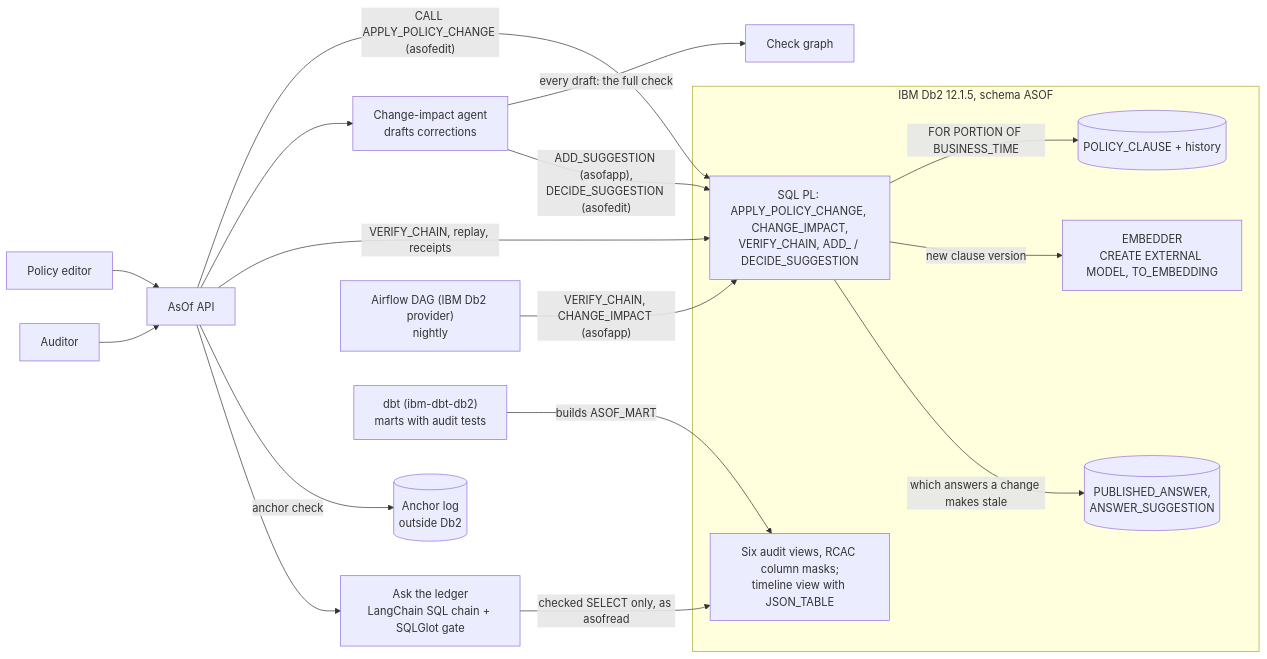
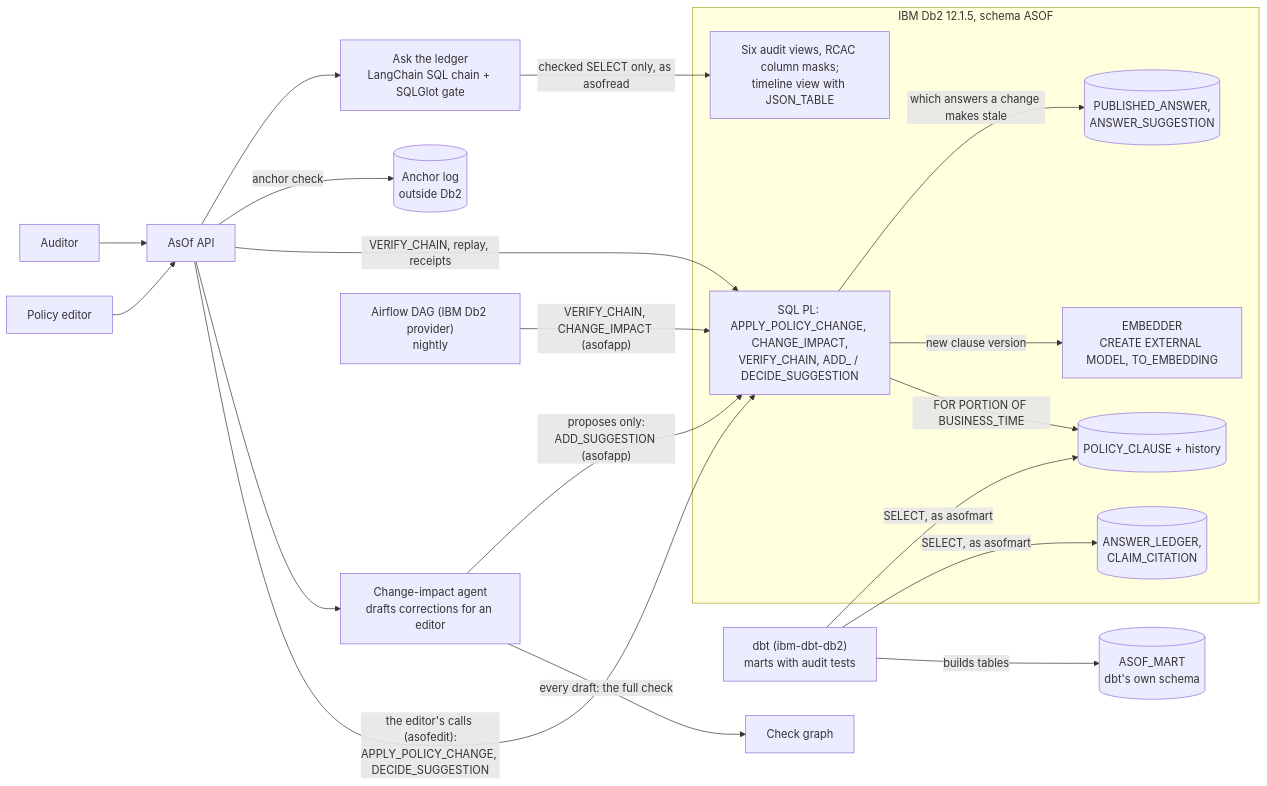
One commit to KunalGolaIBM/IBM_Db2_TechX_Project_Submission changed the second of 4 diagrams in submissions/asof/architecture.md. Above: the diagram before and after it, drawn with Mermaid. The commit also changed other lines of this file and 17 other files, not shown here.

````diff
--- a/submissions/asof/architecture.md
+++ b/submissions/asof/architecture.md
@@ -61,27 +61,31 @@
 ```mermaid
 flowchart LR
-    EDITOR["Policy editor"] --> API["AsOf API"]
-    AUDITOR["Auditor"] --> API
-    API -- "CALL APPLY_POLICY_CHANGE (asofedit)" --> PROCS
-    API --> IMPACT["Change-impact agent<br/>drafts corrections"]
-    IMPACT -- "every draft: the full check" --> GATE["Check graph"]
-    IMPACT -- "ADD_SUGGESTION (asofapp),<br/>DECIDE_SUGGESTION (asofedit)" --> PROCS
-    API -- "VERIFY_CHAIN, replay, receipts" --> PROCS
-    API -- "anchor check" --> ANCHOR[("Anchor log<br/>outside Db2")]
-    API --> ASK["Ask the ledger<br/>LangChain SQL chain + SQLGlot gate"]
-
     subgraph DB2["IBM Db2 12.1.5, schema ASOF"]
         PROCS["SQL PL: APPLY_POLICY_CHANGE, CHANGE_IMPACT,<br/>VERIFY_CHAIN, ADD_ / DECIDE_SUGGESTION"]
         PC[("POLICY_CLAUSE + history")]
+        LEDGER[("ANSWER_LEDGER,<br/>CLAIM_CITATION")]
         PUB[("PUBLISHED_ANSWER,<br/>ANSWER_SUGGESTION")]
         MODEL["EMBEDDER<br/>CREATE EXTERNAL MODEL, TO_EMBEDDING"]
         VIEWS["Six audit views, RCAC column masks;<br/>timeline view with JSON_TABLE"]
     end
+    MART[("ASOF_MART<br/>dbt's own schema")]
+
+    EDITOR["Policy editor"] --> API["AsOf API"]
+    AUDITOR["Auditor"] --> API
+    API -- "the editor's calls (asofedit):<br/>APPLY_POLICY_CHANGE, DECIDE_SUGGESTION" --> PROCS
+    API --> IMPACT["Change-impact agent<br/>drafts corrections for an editor"]
+    IMPACT -- "every draft: the full check" --> GATE["Check graph"]
+    IMPACT -- "proposes only:<br/>ADD_SUGGESTION (asofapp)" --> PROCS
+    API -- "VERIFY_CHAIN, replay, receipts" --> PROCS
+    API -- "anchor check" --> ANCHOR[("Anchor log<br/>outside Db2")]
+    API --> ASK["Ask the ledger<br/>LangChain SQL chain + SQLGlot gate"]
 
     PROCS -- "FOR PORTION OF BUSINESS_TIME" --> PC
     PROCS -- "new clause version" --> MODEL
     PROCS -- "which answers a change makes stale" --> PUB
     ASK -- "checked SELECT only, as asofread" --> VIEWS
     AIRFLOW["Airflow DAG (IBM Db2 provider)<br/>nightly"] -- "VERIFY_CHAIN, CHANGE_IMPACT (asofapp)" --> PROCS
-    DBT["dbt (ibm-dbt-db2)<br/>marts with audit tests"] -- "builds ASOF_MART" --> VIEWS
+    DBT["dbt (ibm-dbt-db2)<br/>marts with audit tests"] -- "SELECT, as asofmart" --> LEDGER
+    DBT -- "SELECT, as asofmart" --> PC
+    DBT -- "builds tables" --> MART
 ```
````
